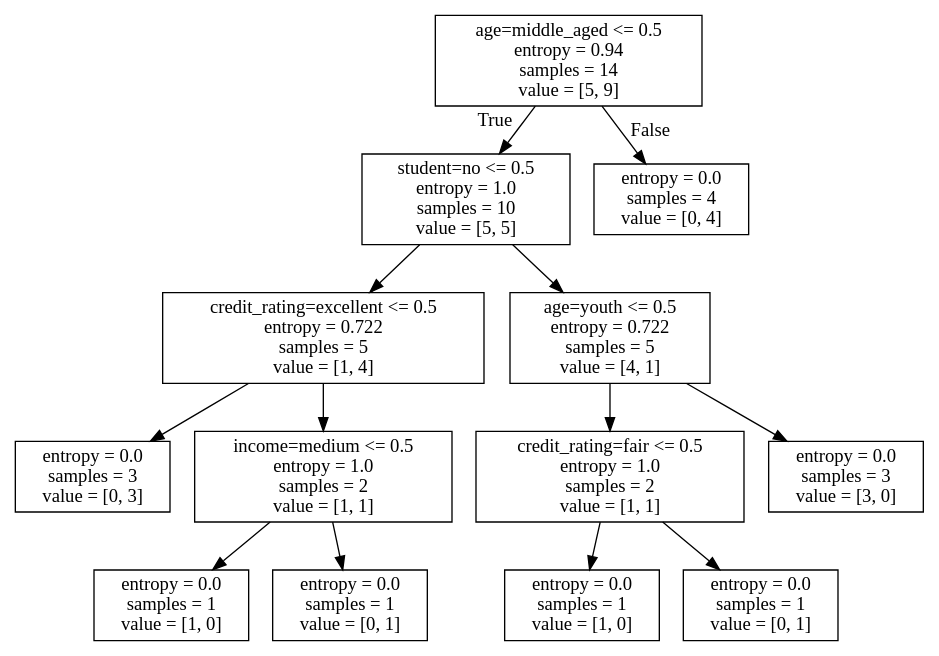
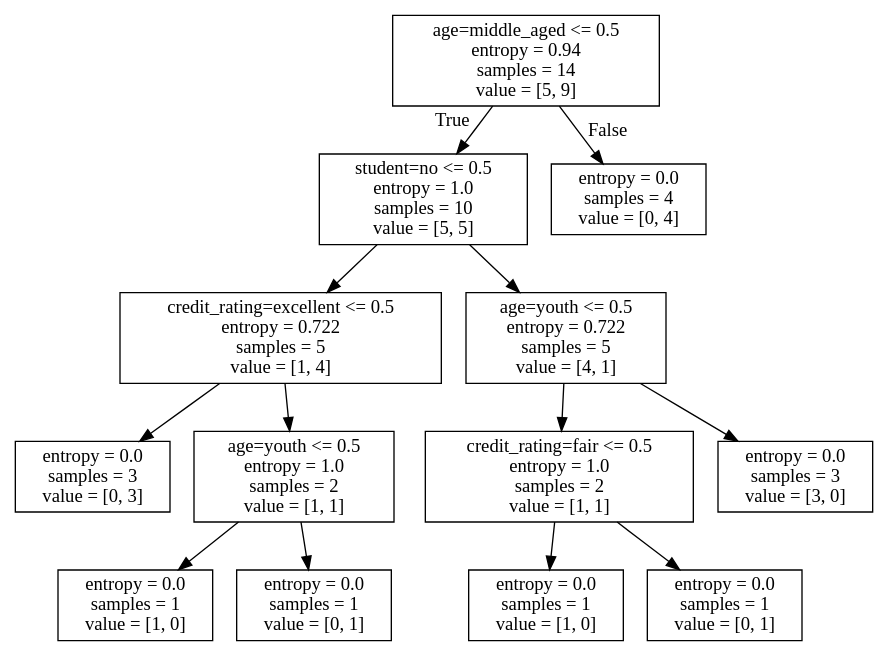
Before and after one commit to xinxin3713/programs: the diagram in 机器学习算法/allElectronicInformationGainOri.dot, drawn with Graphviz. The commit also changed 121 other files, not shown here.

```diff
--- a/机器学习算法/allElectronicInformationGainOri.dot
+++ b/机器学习算法/allElectronicInformationGainOri.dot
@@ -1,28 +1,28 @@
 digraph Tree {
 node [shape=box] ;
 0 [label="age=middle_aged <= 0.5\nentropy = 0.94\nsamples = 14\nvalue = [5, 9]"] ;
 1 [label="student=no <= 0.5\nentropy = 1.0\nsamples = 10\nvalue = [5, 5]"] ;
 0 -> 1 [labeldistance=2.5, labelangle=45, headlabel="True"] ;
 2 [label="credit_rating=excellent <= 0.5\nentropy = 0.722\nsamples = 5\nvalue = [1, 4]"] ;
 1 -> 2 ;
 3 [label="entropy = 0.0\nsamples = 3\nvalue = [0, 3]"] ;
 2 -> 3 ;
-4 [label="income=medium <= 0.5\nentropy = 1.0\nsamples = 2\nvalue = [1, 1]"] ;
+4 [label="age=youth <= 0.5\nentropy = 1.0\nsamples = 2\nvalue = [1, 1]"] ;
 2 -> 4 ;
 5 [label="entropy = 0.0\nsamples = 1\nvalue = [1, 0]"] ;
 4 -> 5 ;
 6 [label="entropy = 0.0\nsamples = 1\nvalue = [0, 1]"] ;
 4 -> 6 ;
 7 [label="age=youth <= 0.5\nentropy = 0.722\nsamples = 5\nvalue = [4, 1]"] ;
 1 -> 7 ;
 8 [label="credit_rating=fair <= 0.5\nentropy = 1.0\nsamples = 2\nvalue = [1, 1]"] ;
 7 -> 8 ;
 9 [label="entropy = 0.0\nsamples = 1\nvalue = [1, 0]"] ;
 8 -> 9 ;
 10 [label="entropy = 0.0\nsamples = 1\nvalue = [0, 1]"] ;
 8 -> 10 ;
 11 [label="entropy = 0.0\nsamples = 3\nvalue = [3, 0]"] ;
 7 -> 11 ;
 12 [label="entropy = 0.0\nsamples = 4\nvalue = [0, 4]"] ;
 0 -> 12 [labeldistance=2.5, labelangle=-45, headlabel="False"] ;
 }
```
